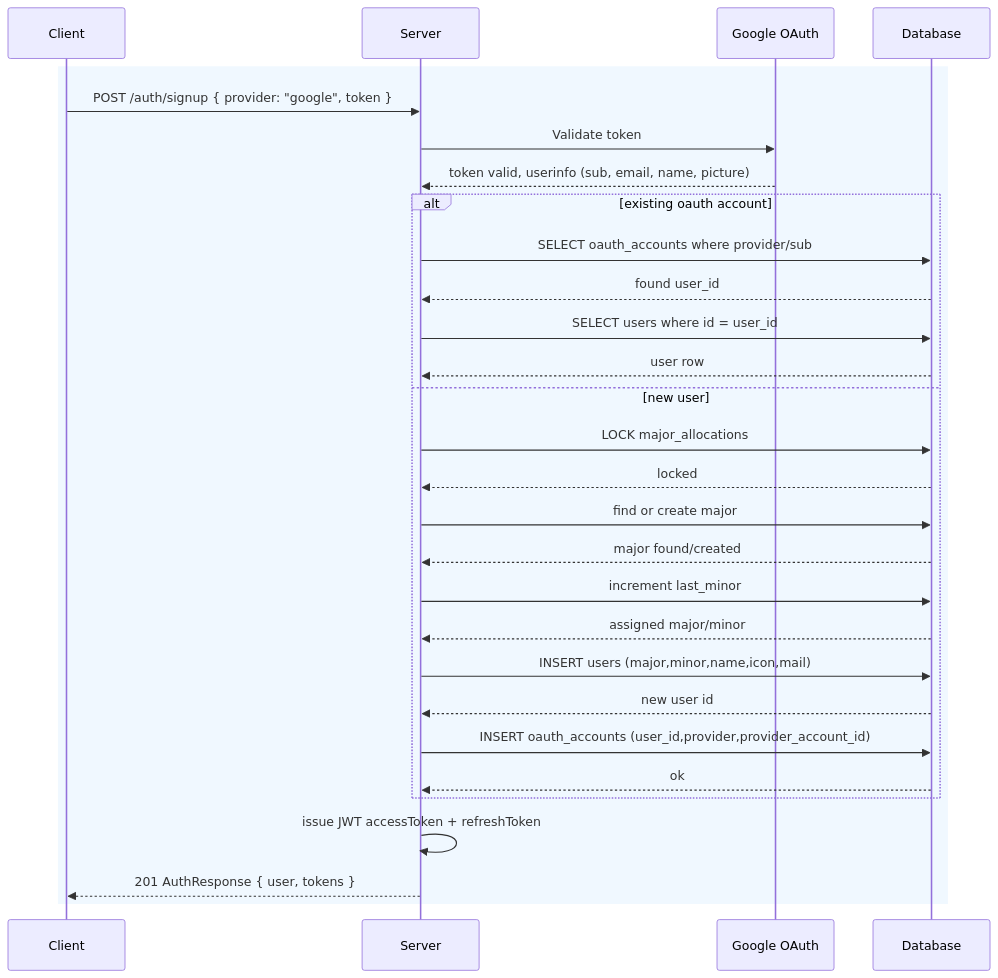
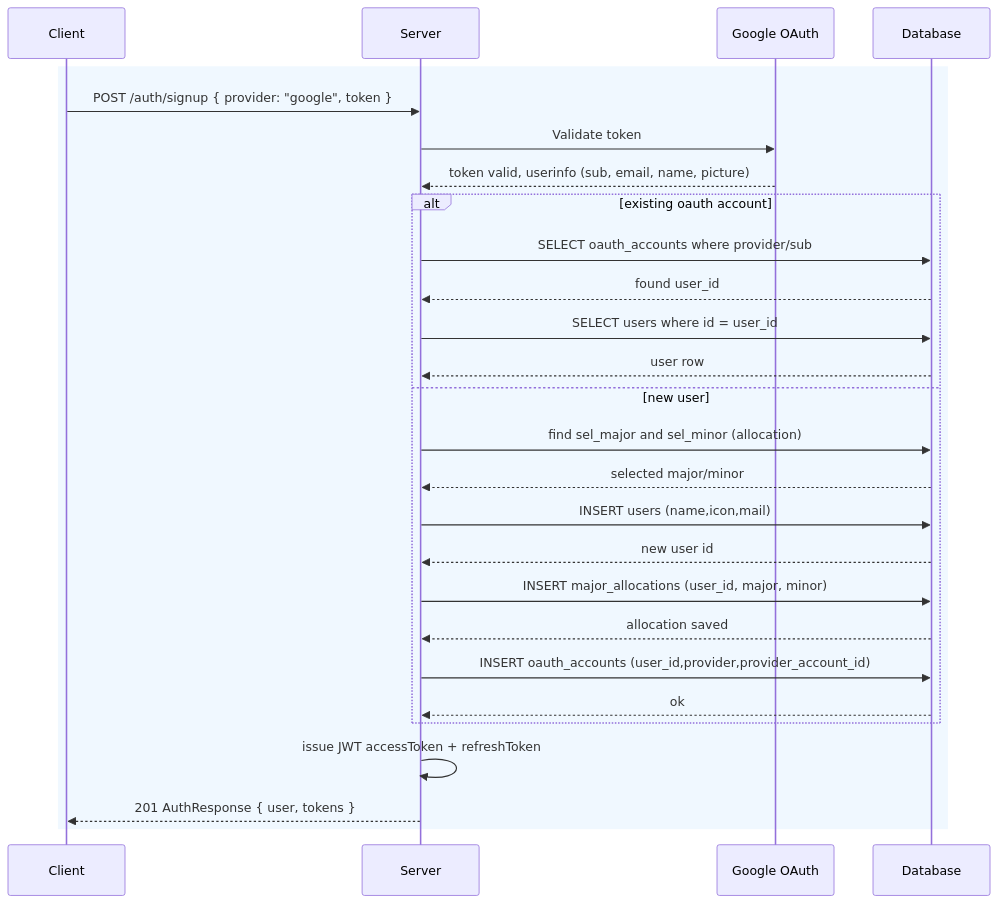
Before and after one commit to oldsheeep3/ichie-api: the diagram in docs/diagrams/AuthSignupPost.mmd, drawn with Mermaid. The commit also changed 47 other files, not shown here.

```diff
--- a/docs/diagrams/AuthSignupPost.mmd
+++ b/docs/diagrams/AuthSignupPost.mmd
@@ -1,33 +1,31 @@
 %% Mermaid sequence diagrams for key flows
 %% Save as docs/diagrams/sequences.mmd
 
 sequenceDiagram
   participant C as Client
   participant S as Server
   participant G as Google OAuth
   participant DB as Database
 
   rect rgb(240,248,255)
   C->>S: POST /auth/signup { provider: "google", token }
   S->>G: Validate token
   G-->>S: token valid, userinfo (sub, email, name, picture)
   alt existing oauth account
     S->>DB: SELECT oauth_accounts where provider/sub
     DB-->>S: found user_id
     S->>DB: SELECT users where id = user_id
     DB-->>S: user row
   else new user
-    S->>DB: LOCK major_allocations
-    DB-->>S: locked
-    S->>DB: find or create major
-    DB-->>S: major found/created
-    S->>DB: increment last_minor
-    DB-->>S: assigned major/minor
-    S->>DB: INSERT users (major,minor,name,icon,mail)
+    S->>DB: find sel_major and sel_minor (allocation)
+    DB-->>S: selected major/minor
+    S->>DB: INSERT users (name,icon,mail)
     DB-->>S: new user id
+    S->>DB: INSERT major_allocations (user_id, major, minor)
+    DB-->>S: allocation saved
     S->>DB: INSERT oauth_accounts (user_id,provider,provider_account_id)
     DB-->>S: ok
   end
   S->>S: issue JWT accessToken + refreshToken
   S-->>C: 201 AuthResponse { user, tokens }
 end
```
